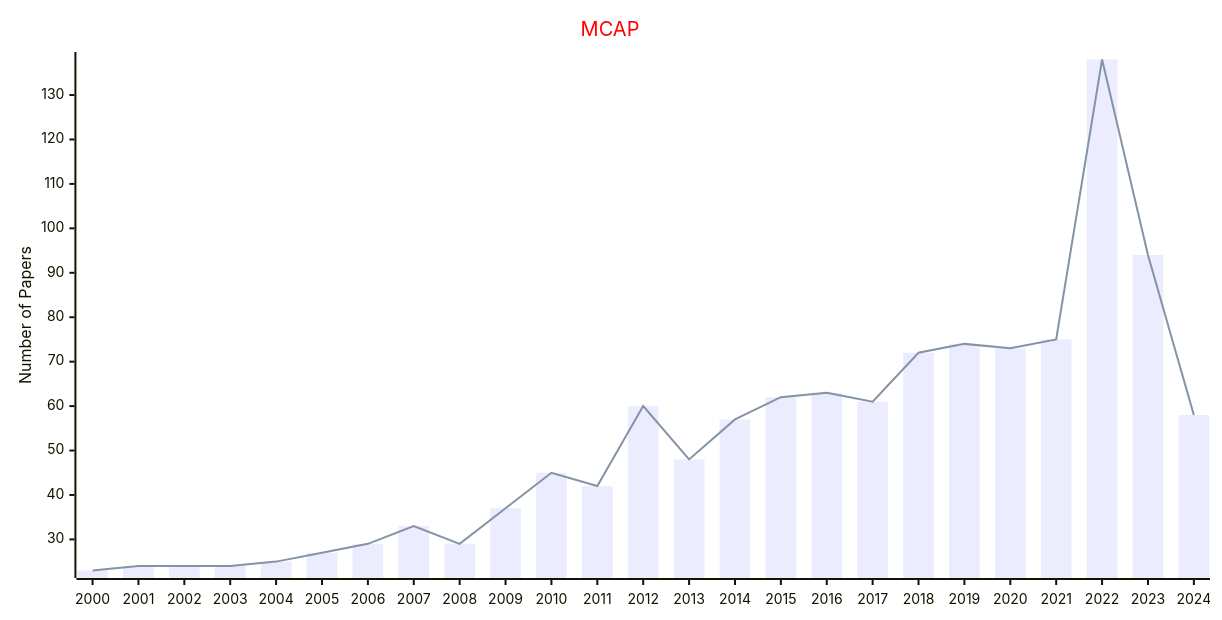
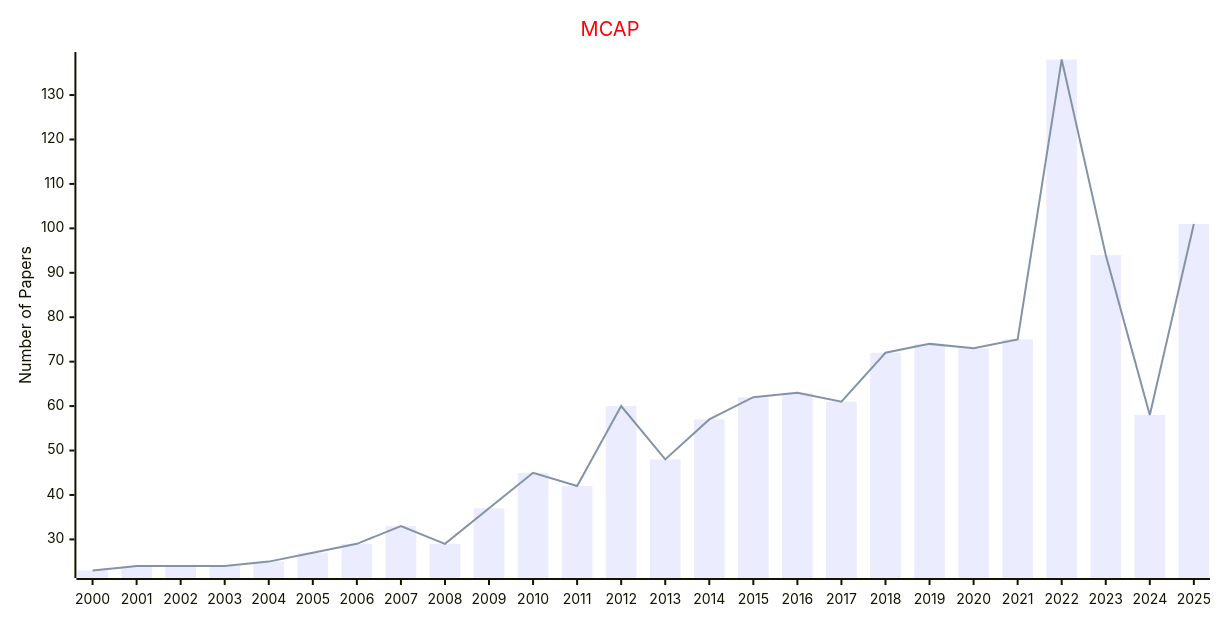
One commit to Easy-PhD/AILinks changed the fourth of 4 diagrams in docs/data/Journals/Statistics_Journals/Applied_Probability.md. Above: the diagram before and after it, drawn with Mermaid. The commit also changed other lines of this file and 107 other files, not shown here.

````diff
--- a/docs/data/Journals/Statistics_Journals/Applied_Probability.md
+++ b/docs/data/Journals/Statistics_Journals/Applied_Probability.md
@@ -81,17 +81,17 @@
 ```mermaid
 ---
 config:
     xyChart:
         width: 1200
         height: 600
     themeVariables:
         xyChart:
             titleColor: "#ff0000"
 ---
 xychart-beta
     title "MCAP"
-    x-axis [2000, 2001, 2002, 2003, 2004, 2005, 2006, 2007, 2008, 2009, 2010, 2011, 2012, 2013, 2014, 2015, 2016, 2017, 2018, 2019, 2020, 2021, 2022, 2023, 2024]
+    x-axis [2000, 2001, 2002, 2003, 2004, 2005, 2006, 2007, 2008, 2009, 2010, 2011, 2012, 2013, 2014, 2015, 2016, 2017, 2018, 2019, 2020, 2021, 2022, 2023, 2024, 2025]
     y-axis "Number of Papers"
-    bar [23, 24, 24, 24, 25, 27, 29, 33, 29, 37, 45, 42, 60, 48, 57, 62, 63, 61, 72, 74, 73, 75, 138, 94, 58]
-    line [23, 24, 24, 24, 25, 27, 29, 33, 29, 37, 45, 42, 60, 48, 57, 62, 63, 61, 72, 74, 73, 75, 138, 94, 58]
+    bar [23, 24, 24, 24, 25, 27, 29, 33, 29, 37, 45, 42, 60, 48, 57, 62, 63, 61, 72, 74, 73, 75, 138, 94, 58, 101]
+    line [23, 24, 24, 24, 25, 27, 29, 33, 29, 37, 45, 42, 60, 48, 57, 62, 63, 61, 72, 74, 73, 75, 138, 94, 58, 101]
 ```
````
